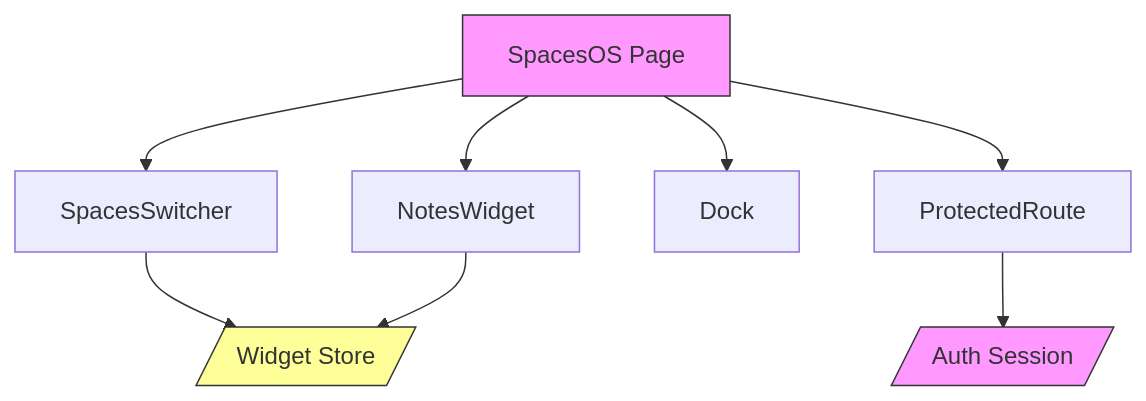
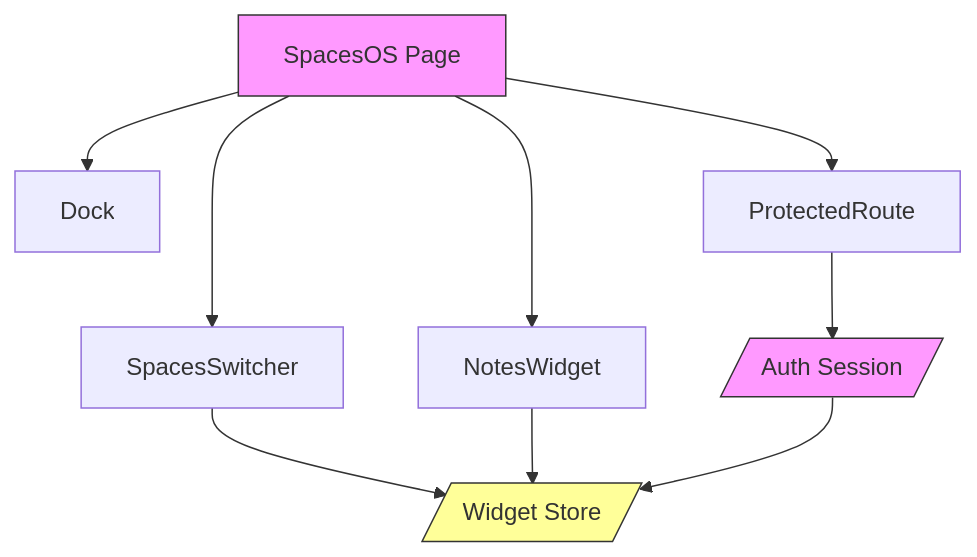
The diagram in docs/modules/spaces/SPACES.md (terryyaki/Project_Mark_I), drawn with Mermaid before and after one commit. The commit also changed other lines of this file and 14 other files, not shown here.

````diff
--- a/docs/modules/spaces/SPACES.md
+++ b/docs/modules/spaces/SPACES.md
@@ -13,15 +15,16 @@
 ```mermaid
 graph TD
     A[SpacesOS Page] --> B[SpacesSwitcher]
     A --> C[NotesWidget]
     A --> D[Dock]
     A --> E[ProtectedRoute]
     
     B --> F[/Widget Store/]
     C --> F
     E --> G[/Auth Session/]
+    G --> F
     
     style A fill:#f9f,stroke:#333
     style F fill:#ff9,stroke:#333
     style G fill:#f9f,stroke:#333
 ```
````
